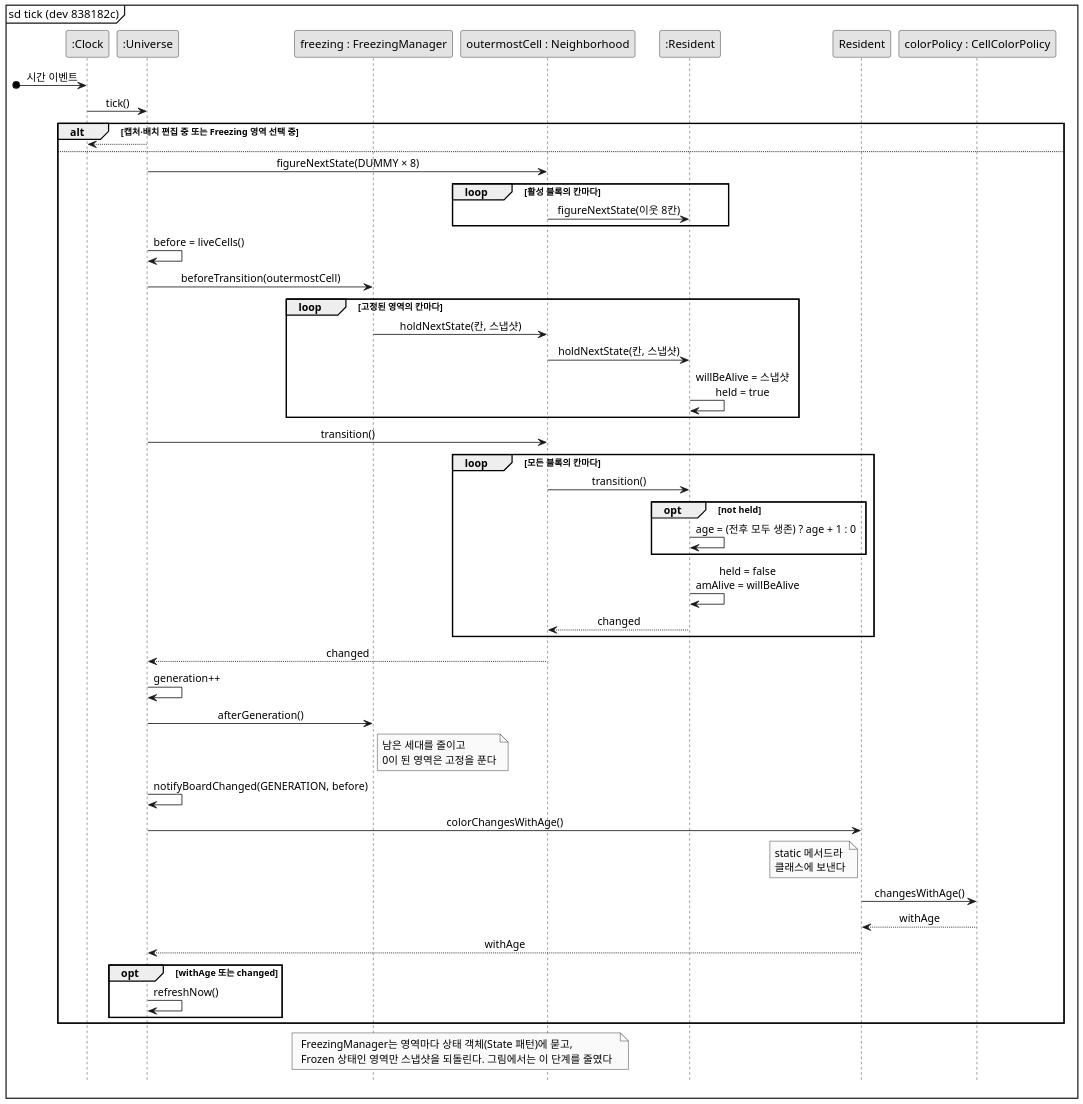
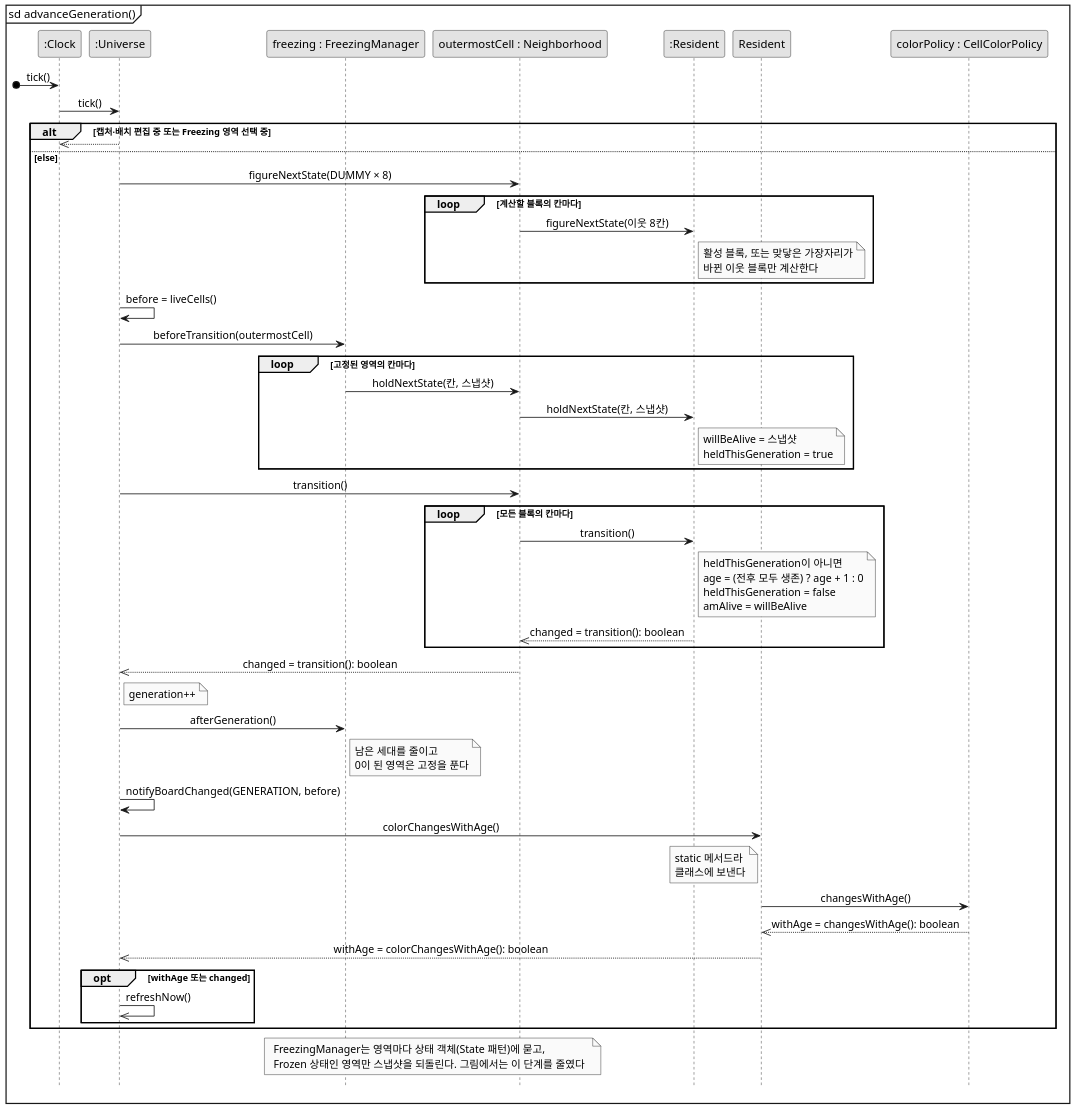
One commit to mckimR1972/DP_team_project changed the diagram in docs/color-gen/diagrams/sd-tick-after.puml. Above: the diagram before and after it, drawn with PlantUML. The commit also changed 16 other files, not shown here.

Commit message:
docs: 시퀀스 다이어그램과 클래스 다이어그램을 로컬 코드에 맞게 고치고 클래스 다이어그램의 멤버 기준을 명시

```diff
--- a/docs/color-gen/diagrams/sd-tick-after.puml
+++ b/docs/color-gen/diagrams/sd-tick-after.puml
@@ -1,63 +1,61 @@
 @startuml sd-tick-after
 skinparam monochrome true
 skinparam dpi 150
 skinparam shadowing false
 skinparam defaultFontName "Malgun Gothic"
 skinparam sequenceMessageAlign center
 hide footbox
-mainframe sd tick (dev 838182c)
+mainframe sd advanceGeneration()
 
 participant ":Clock" as C
 participant ":Universe" as U
 participant "freezing : FreezingManager" as F
 participant "outermostCell : Neighborhood" as N
 participant ":Resident" as R
 participant "Resident" as RC
 participant "colorPolicy : CellColorPolicy" as P
 
-[o-> C : 시간 이벤트
+[o-> C : tick()
 C -> U : tick()
 
 alt 캡처·배치 편집 중 또는 Freezing 영역 선택 중
-  U --> C
-else
+  U -->> C
+else else
   U -> N : figureNextState(DUMMY × 8)
-  loop 활성 블록의 칸마다
+  loop 계산할 블록의 칸마다
     N -> R : figureNextState(이웃 8칸)
+    note right of R : 활성 블록, 또는 맞닿은 가장자리가\n바뀐 이웃 블록만 계산한다
   end
   U -> U : before = liveCells()
 
   U -> F : beforeTransition(outermostCell)
   loop 고정된 영역의 칸마다
     F -> N : holdNextState(칸, 스냅샷)
     N -> R : holdNextState(칸, 스냅샷)
-    R -> R : willBeAlive = 스냅샷\nheld = true
+    note right of R : willBeAlive = 스냅샷\nheldThisGeneration = true
   end
 
   U -> N : transition()
   loop 모든 블록의 칸마다
     N -> R : transition()
-    opt not held
-      R -> R : age = (전후 모두 생존) ? age + 1 : 0
-    end
-    R -> R : held = false\namAlive = willBeAlive
-    R --> N : changed
+    note right of R : heldThisGeneration이 아니면\nage = (전후 모두 생존) ? age + 1 : 0\nheldThisGeneration = false\namAlive = willBeAlive
+    R -->> N : changed = transition(): boolean
   end
-  N --> U : changed
+  N -->> U : changed = transition(): boolean
+  note right of U : generation++
 
-  U -> U : generation++
   U -> F : afterGeneration()
   note right of F : 남은 세대를 줄이고\n0이 된 영역은 고정을 푼다
   U -> U : notifyBoardChanged(GENERATION, before)
 
   U -> RC : colorChangesWithAge()
   note left of RC : static 메서드라\n클래스에 보낸다
   RC -> P : changesWithAge()
-  P --> RC : withAge
-  RC --> U : withAge
+  P -->> RC : withAge = changesWithAge(): boolean
+  RC -->> U : withAge = colorChangesWithAge(): boolean
   opt withAge 또는 changed
-    U -> U : refreshNow()
+    U ->> U : refreshNow()
   end
 end
 note over F, N : FreezingManager는 영역마다 상태 객체(State 패턴)에 묻고,\nFrozen 상태인 영역만 스냅샷을 되돌린다. 그림에서는 이 단계를 줄였다
 @enduml
```
